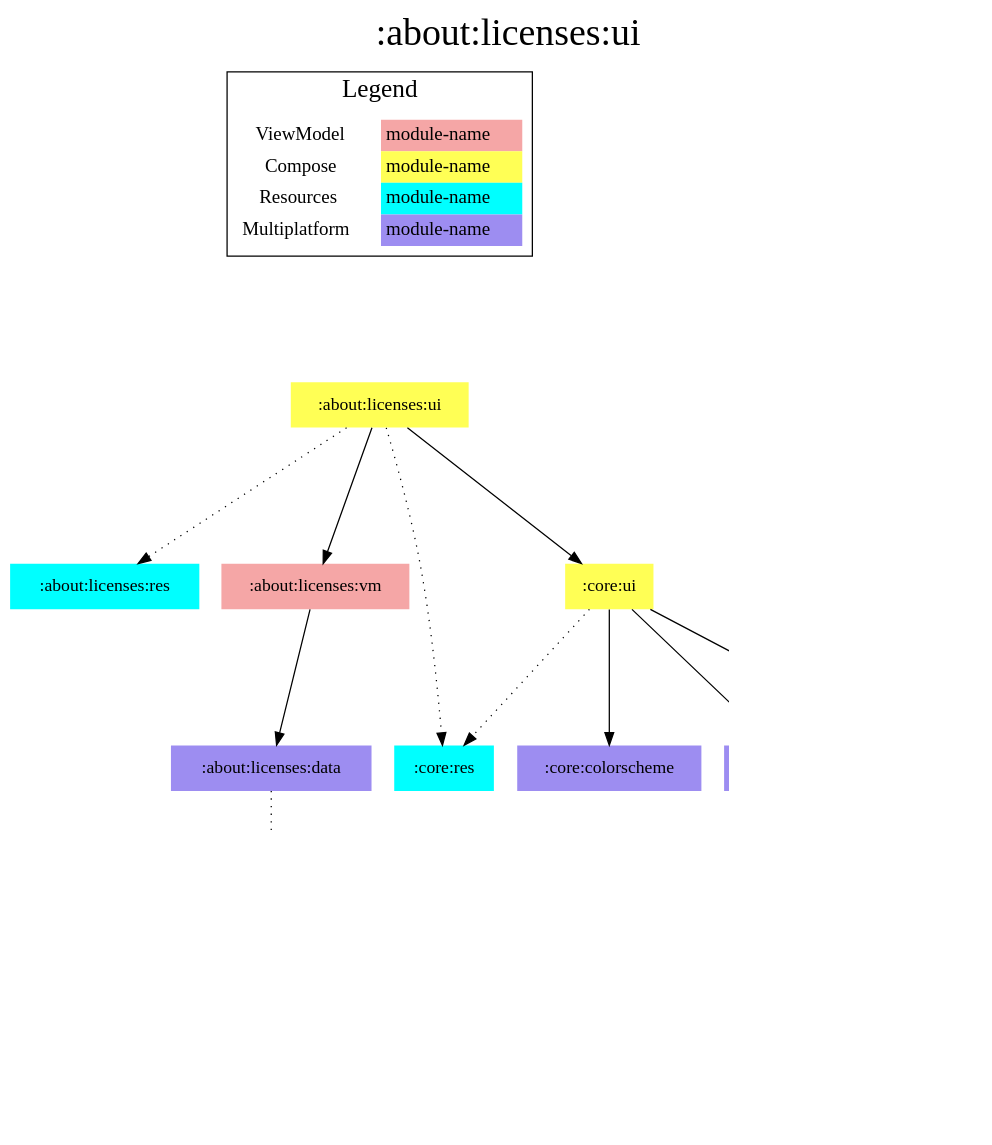
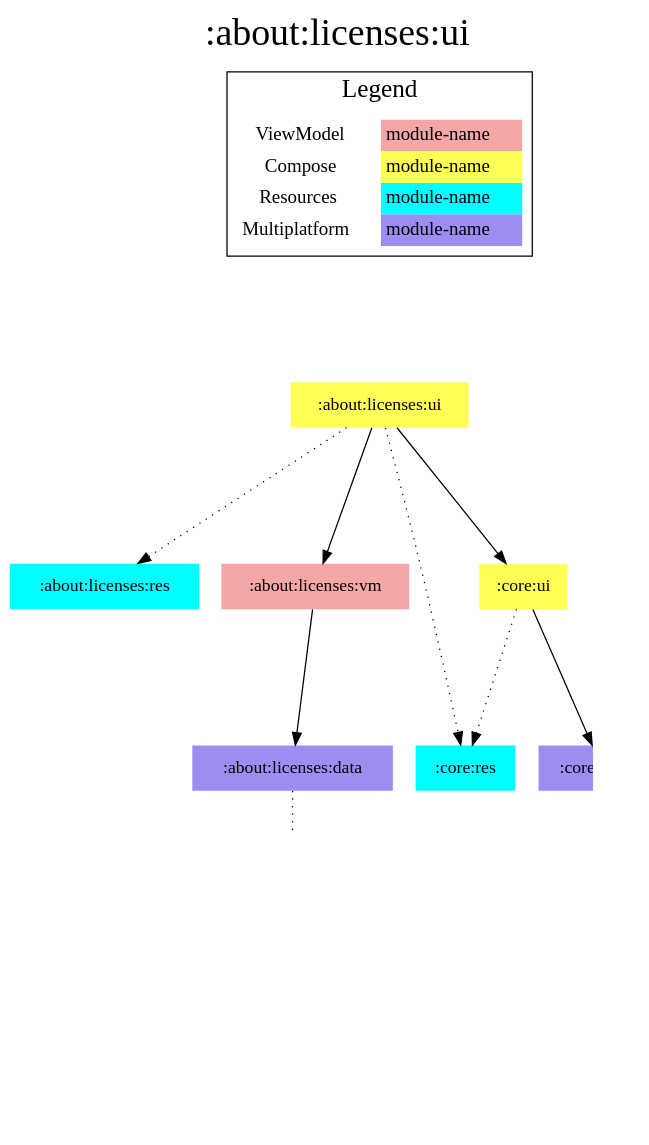
The diagram in modules/about/licenses/ui/modules.dot (jonapoul/aktual), drawn with Graphviz before and after one commit. The commit also changed 152 other files, not shown here.

```diff
--- a/modules/about/licenses/ui/modules.dot
+++ b/modules/about/licenses/ui/modules.dot
@@ -1,43 +1,39 @@
 digraph {
 edge ["dir"="forward"]
 graph ["dpi"="100","label"=":about:licenses:ui","labelloc"="t","fontsize"="30","ranksep"="1.5","rankdir"="TB"]
 node ["style"="filled"]
 ":about:licenses:data" ["fillcolor"="#9D8DF1","shape"="none"]
 ":about:licenses:res" ["fillcolor"="#00FFFF","shape"="none"]
 ":about:licenses:ui" ["fillcolor"="#FFFF55","shape"="none"]
 ":about:licenses:vm" ["fillcolor"="#F5A6A6","shape"="none"]
 ":budget:model" ["fillcolor"="#9D8DF1","shape"="none"]
-":core:colorscheme" ["fillcolor"="#9D8DF1","shape"="none"]
 ":core:files" ["fillcolor"="#9D8DF1","shape"="none"]
+":core:model" ["fillcolor"="#9D8DF1","shape"="none"]
 ":core:res" ["fillcolor"="#00FFFF","shape"="none"]
 ":core:ui" ["fillcolor"="#FFFF55","shape"="none"]
-":core:versions" ["fillcolor"="#9D8DF1","shape"="none"]
-":url:model" ["fillcolor"="#9D8DF1","shape"="none"]
 {
 edge ["dir"="none"]
 graph ["rank"="same"]
 }
 ":about:licenses:data" -> ":core:files" ["style"="dotted"]
 ":about:licenses:ui" -> ":about:licenses:res" ["style"="dotted"]
 ":about:licenses:ui" -> ":about:licenses:vm"
 ":about:licenses:ui" -> ":core:res" ["style"="dotted"]
 ":about:licenses:ui" -> ":core:ui"
 ":about:licenses:vm" -> ":about:licenses:data"
 ":core:files" -> ":budget:model"
-":core:ui" -> ":core:colorscheme"
+":core:ui" -> ":core:model"
 ":core:ui" -> ":core:res" ["style"="dotted"]
-":core:ui" -> ":core:versions"
-":core:ui" -> ":url:model"
 subgraph "cluster_legend" {
 edge ["dir"="none"]
 graph ["label"="Legend","fontsize"="20"]
 "Legend" ["style"="filled","fillcolor"="#FFFFFF","shape"="none","margin"="0","fontsize"="15","label"=<
 <TABLE BORDER="0" CELLBORDER="0" CELLSPACING="0" CELLPADDING="4">
 <TR><TD>ViewModel</TD><TD BGCOLOR="#F5A6A6">module-name</TD></TR>
 <TR><TD>Compose</TD><TD BGCOLOR="#FFFF55">module-name</TD></TR>
 <TR><TD>Resources</TD><TD BGCOLOR="#00FFFF">module-name</TD></TR>
 <TR><TD>Multiplatform</TD><TD BGCOLOR="#9D8DF1">module-name</TD></TR>
 </TABLE>
 >]
 } -> ":about:licenses:ui" ["style"="invis"]
 }
```
